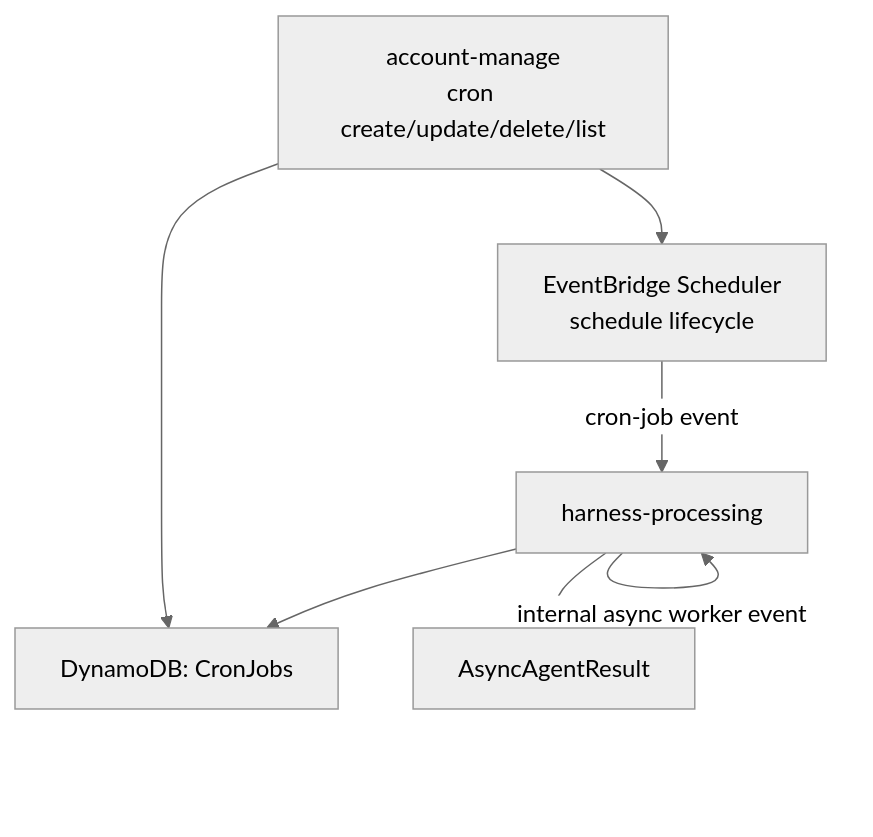
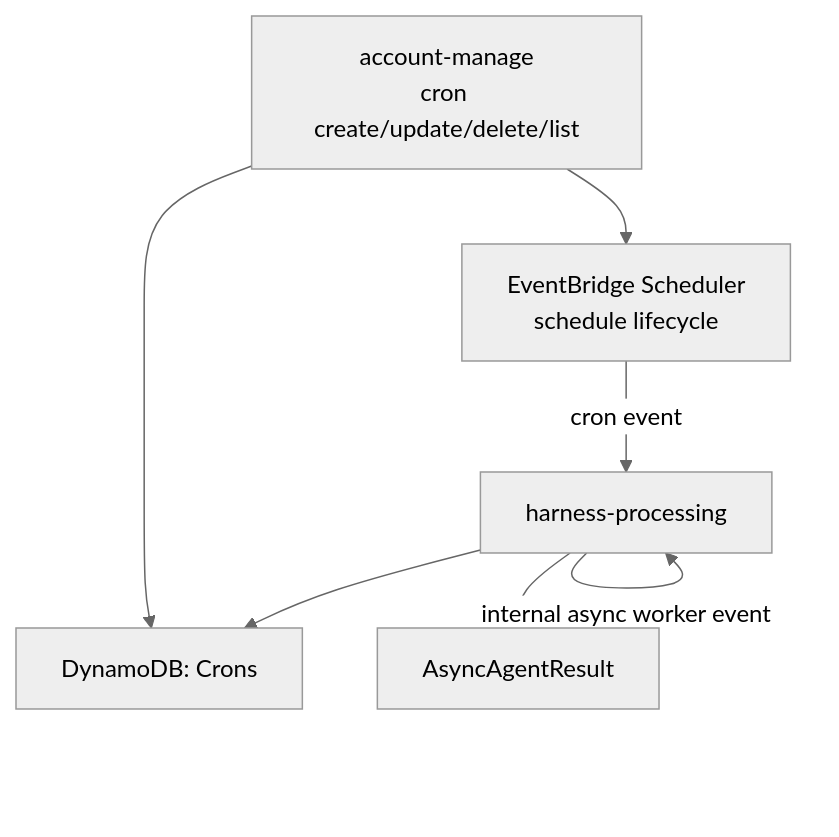
Before and after one commit to beeblastco/broods: the eighth of 12 diagrams in apps/docs/docs/architecture.md, drawn with Mermaid (neutral theme). The commit also changed other lines of this file and 44 other files, not shown here.

Commit message:
Rename cron jobs to crons

````diff
--- a/apps/docs/docs/architecture.md
+++ b/apps/docs/docs/architecture.md
@@ -221,9 +221,9 @@
 ```mermaid
 flowchart TD
-  Manage["account-manage<br/>cron create/update/delete/list"] --> Jobs["DynamoDB: CronJobs"]
+  Manage["account-manage<br/>cron create/update/delete/list"] --> Jobs["DynamoDB: Crons"]
   Manage --> Scheduler["EventBridge Scheduler<br/>schedule lifecycle"]
-  Scheduler -->|"cron-job event"| Harness["harness-processing"]
+  Scheduler -->|"cron event"| Harness["harness-processing"]
   Harness --> Jobs
   Harness -->|"internal async worker event"| Harness
   Harness --> AsyncAgentResult["AsyncAgentResult"]
 ```
````
